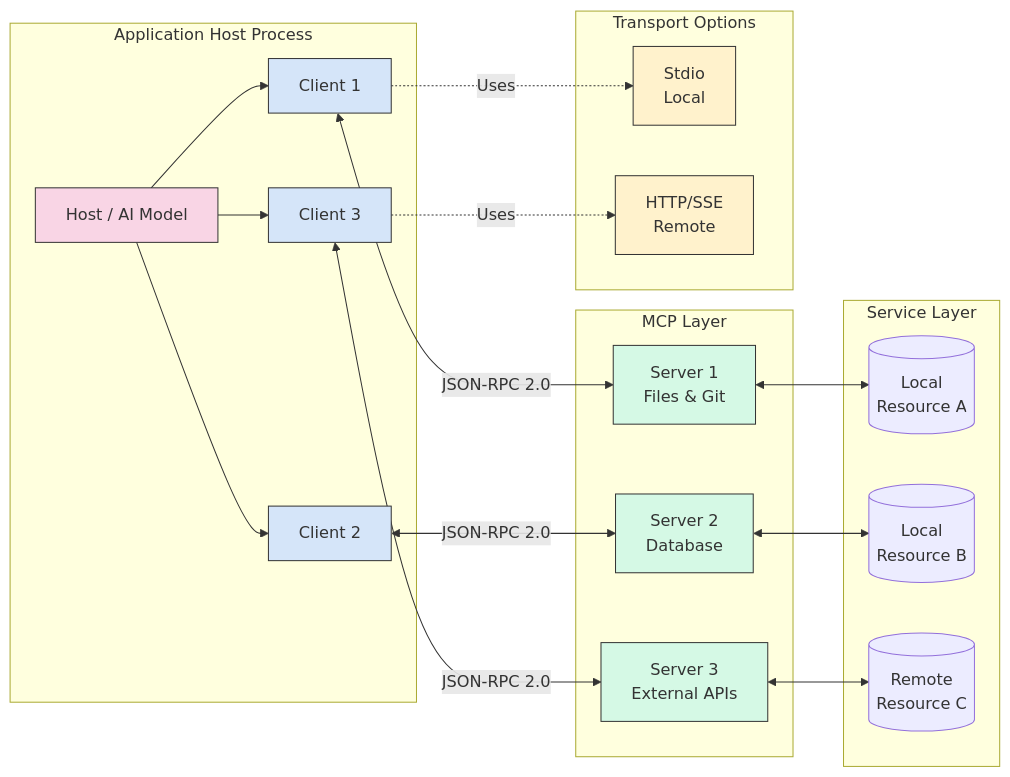
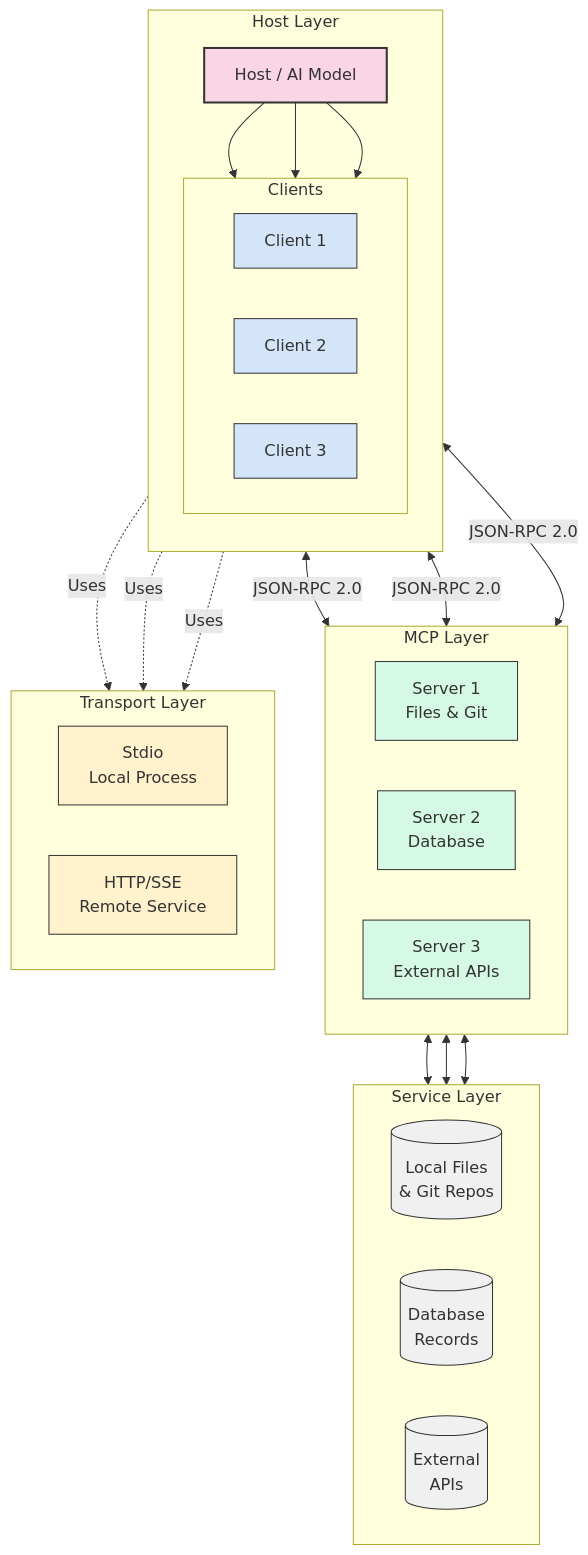
The fourth of 10 diagrams in concept-deep-dive/README.md (balupeddireddy08/Model_Context_Protocol_for_AI), drawn with Mermaid before and after one commit.

Commit message:
Optimize MCP guide for clarity and coherence

````diff
--- a/concept-deep-dive/README.md
+++ b/concept-deep-dive/README.md
@@ -90,50 +90,64 @@
 ```mermaid
-graph LR
-    subgraph "Application Host Process"
+graph TB
+    subgraph "Host Layer"
+        direction TB
         H[Host / AI Model]
-        C1[Client 1]
-        C2[Client 2]
-        C3[Client 3]
+        subgraph "Clients"
+            direction LR
+            C1[Client 1]
+            C2[Client 2] 
+            C3[Client 3]
+        end
         H --> C1
         H --> C2
         H --> C3
     end
 
     subgraph "MCP Layer"
-        S1[Server 1<br>Files & Git]
-        S2[Server 2<br>Database]
-        S3[Server 3<br>External APIs]
-        
-        C1 <-->|JSON-RPC 2.0| S1
-        C2 <-->|JSON-RPC 2.0| S2
-        C3 <-->|JSON-RPC 2.0| S3
+        direction LR
+        S1[Server 1<br/>Files & Git]
+        S2[Server 2<br/>Database]
+        S3[Server 3<br/>External APIs]
     end
 
     subgraph "Service Layer"
-        R1[("Local<br>Resource A")]
-        R2[("Local<br>Resource B")]
-        R3[("Remote<br>Resource C")]
-        
-        S1 <--> R1
-        S2 <--> R2
-        S3 <--> R3
+        direction LR
+        R1[("Local Files<br/>& Git Repos")]
+        R2[("Database<br/>Records")]
+        R3[("External<br/>APIs")]
     end
     
-    subgraph "Transport Options"
-    I[Stdio<br/>Local]
-    J[HTTP/SSE<br/>Remote]
+    subgraph "Transport Layer"
+        direction LR
+        T1[Stdio<br/>Local Process]
+        T2[HTTP/SSE<br/>Remote Service]
     end
     
-    C1 -.->|Uses| I
-    C3 -.->|Uses| J
+    %% Connections between layers
+    C1 <-->|JSON-RPC 2.0| S1
+    C2 <-->|JSON-RPC 2.0| S2
+    C3 <-->|JSON-RPC 2.0| S3
     
-    style H fill:#f9d5e5,stroke:#333,stroke-width:1px
+    S1 <--> R1
+    S2 <--> R2
+    S3 <--> R3
+    
+    %% Transport connections
+    C1 -.->|Uses| T1
+    C2 -.->|Uses| T1
+    C3 -.->|Uses| T2
+    
+    %% Styling
+    style H fill:#f9d5e5,stroke:#333,stroke-width:2px
     style C1 fill:#d5e5f9,stroke:#333,stroke-width:1px
     style C2 fill:#d5e5f9,stroke:#333,stroke-width:1px
     style C3 fill:#d5e5f9,stroke:#333,stroke-width:1px
     style S1 fill:#d5f9e5,stroke:#333,stroke-width:1px
     style S2 fill:#d5f9e5,stroke:#333,stroke-width:1px
     style S3 fill:#d5f9e5,stroke:#333,stroke-width:1px
-    style I fill:#fff2cc,stroke:#333,stroke-width:1px
-    style J fill:#fff2cc,stroke:#333,stroke-width:1px
+    style R1 fill:#f0f0f0,stroke:#333,stroke-width:1px
+    style R2 fill:#f0f0f0,stroke:#333,stroke-width:1px
+    style R3 fill:#f0f0f0,stroke:#333,stroke-width:1px
+    style T1 fill:#fff2cc,stroke:#333,stroke-width:1px
+    style T2 fill:#fff2cc,stroke:#333,stroke-width:1px
 ```
````
